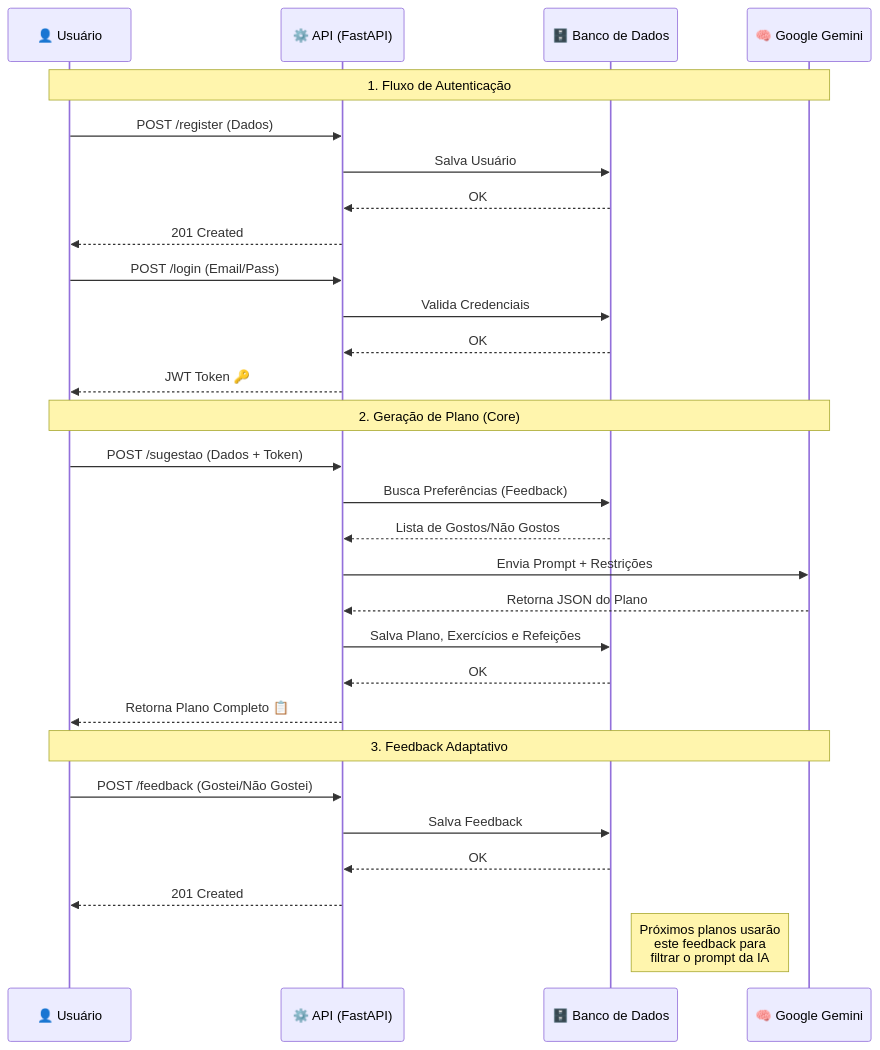
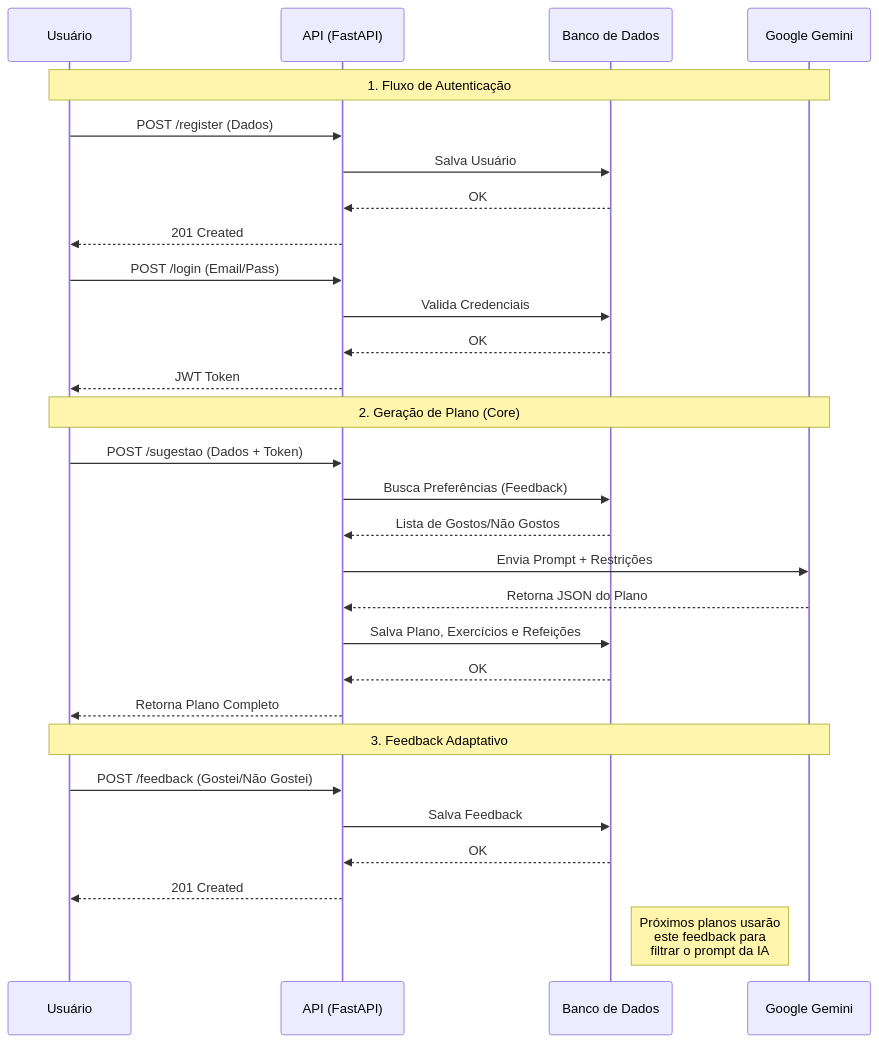
Before and after one commit to joaokrv/backend_ai_can: the diagram in API_FLOWS.md, drawn with Mermaid.

Commit message:
docs: Remover emojis e caracteres especiais dos rótulos dos diagramas Mermaid em API_FLOWS.md.

````diff
--- a/API_FLOWS.md
+++ b/API_FLOWS.md
@@ -89,35 +89,35 @@
 ```mermaid
 sequenceDiagram
-    participant User as 👤 Usuário
-    participant API as ⚙️ API (FastAPI)
-    participant DB as 🗄️ Banco de Dados
-    participant AI as 🧠 Google Gemini
+    participant User as Usuário
+    participant API as API (FastAPI)
+    participant DB as Banco de Dados
+    participant AI as Google Gemini
 
     Note over User, AI: 1. Fluxo de Autenticação
     User->>API: POST /register (Dados)
     API->>DB: Salva Usuário
     DB-->>API: OK
     API-->>User: 201 Created
 
     User->>API: POST /login (Email/Pass)
     API->>DB: Valida Credenciais
     DB-->>API: OK
-    API-->>User: JWT Token 🔑
+    API-->>User: JWT Token 
 
     Note over User, AI: 2. Geração de Plano (Core)
     User->>API: POST /sugestao (Dados + Token)
     API->>DB: Busca Preferências (Feedback)
     DB-->>API: Lista de Gostos/Não Gostos
     API->>AI: Envia Prompt + Restrições
     AI-->>API: Retorna JSON do Plano
     API->>DB: Salva Plano, Exercícios e Refeições
     DB-->>API: OK
-    API-->>User: Retorna Plano Completo 📋
+    API-->>User: Retorna Plano Completo 
 
     Note over User, AI: 3. Feedback Adaptativo
     User->>API: POST /feedback (Gostei/Não Gostei)
     API->>DB: Salva Feedback
     DB-->>API: OK
     API-->>User: 201 Created
     Note right of DB: Próximos planos usarão<br/>este feedback para<br/>filtrar o prompt da IA
 ```
````
